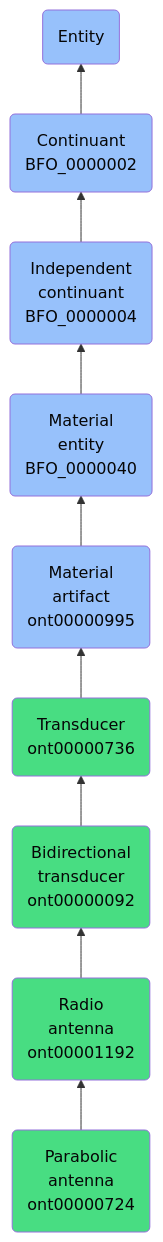
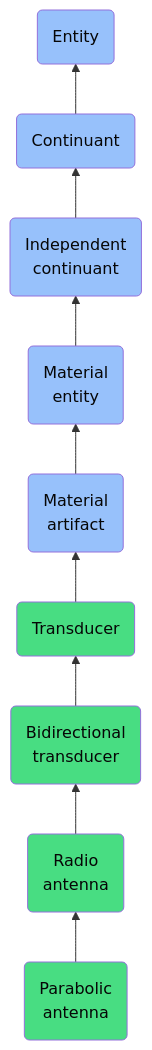
Before and after one commit to jupyter-naas/abi: the diagram in docs/ontology/reference/model/Entity/Continuant/Independent continuant/Material entity/Material artifact/Transducer/Bidirectional transducer/Radio antenna/Parabolic antenna/Parabolic antenna.md, drawn with Mermaid. The commit also changed other lines of this file and 1430 other files, not shown here.

````diff
--- a/docs/ontology/reference/model/Entity/Continuant/Independent continuant/Material entity/Material artifact/Transducer/Bidirectional transducer/Radio antenna/Parabolic antenna/Parabolic antenna.md
+++ b/docs/ontology/reference/model/Entity/Continuant/Independent continuant/Material entity/Material artifact/Transducer/Bidirectional transducer/Radio antenna/Parabolic antenna/Parabolic antenna.md
@@ -25,16 +25,16 @@
 ```mermaid
 graph BT
-    ont00000724(Parabolic<br>antenna<br>ont00000724):::ABI-->ont00001192
-    ont00001192(Radio<br>antenna<br>ont00001192):::ABI-->ont00000092
-    ont00000092(Bidirectional<br>transducer<br>ont00000092):::ABI-->ont00000736
-    ont00000736(Transducer<br>ont00000736):::ABI-->ont00000995
-    ont00000995(Material<br>artifact<br>ont00000995):::BFO-->BFO_0000040
-    BFO_0000040(Material<br>entity<br>BFO_0000040):::BFO-->BFO_0000004
-    BFO_0000004(Independent<br>continuant<br>BFO_0000004):::BFO-->BFO_0000002
-    BFO_0000002(Continuant<br>BFO_0000002):::BFO-->BFO_0000001
+    ont00000724(Parabolic<br>antenna):::ABI-->ont00001192
+    ont00001192(Radio<br>antenna):::ABI-->ont00000092
+    ont00000092(Bidirectional<br>transducer):::ABI-->ont00000736
+    ont00000736(Transducer):::ABI-->ont00000995
+    ont00000995(Material<br>artifact):::BFO-->BFO_0000040
+    BFO_0000040(Material<br>entity):::BFO-->BFO_0000004
+    BFO_0000004(Independent<br>continuant):::BFO-->BFO_0000002
+    BFO_0000002(Continuant):::BFO-->BFO_0000001
     BFO_0000001(Entity):::BFO
     
     classDef BFO fill:#97c1fb,color:#060606
     classDef CCO fill:#e4c51e,color:#060606
     classDef ABI fill:#48DD82,color:#060606
 ```
````
